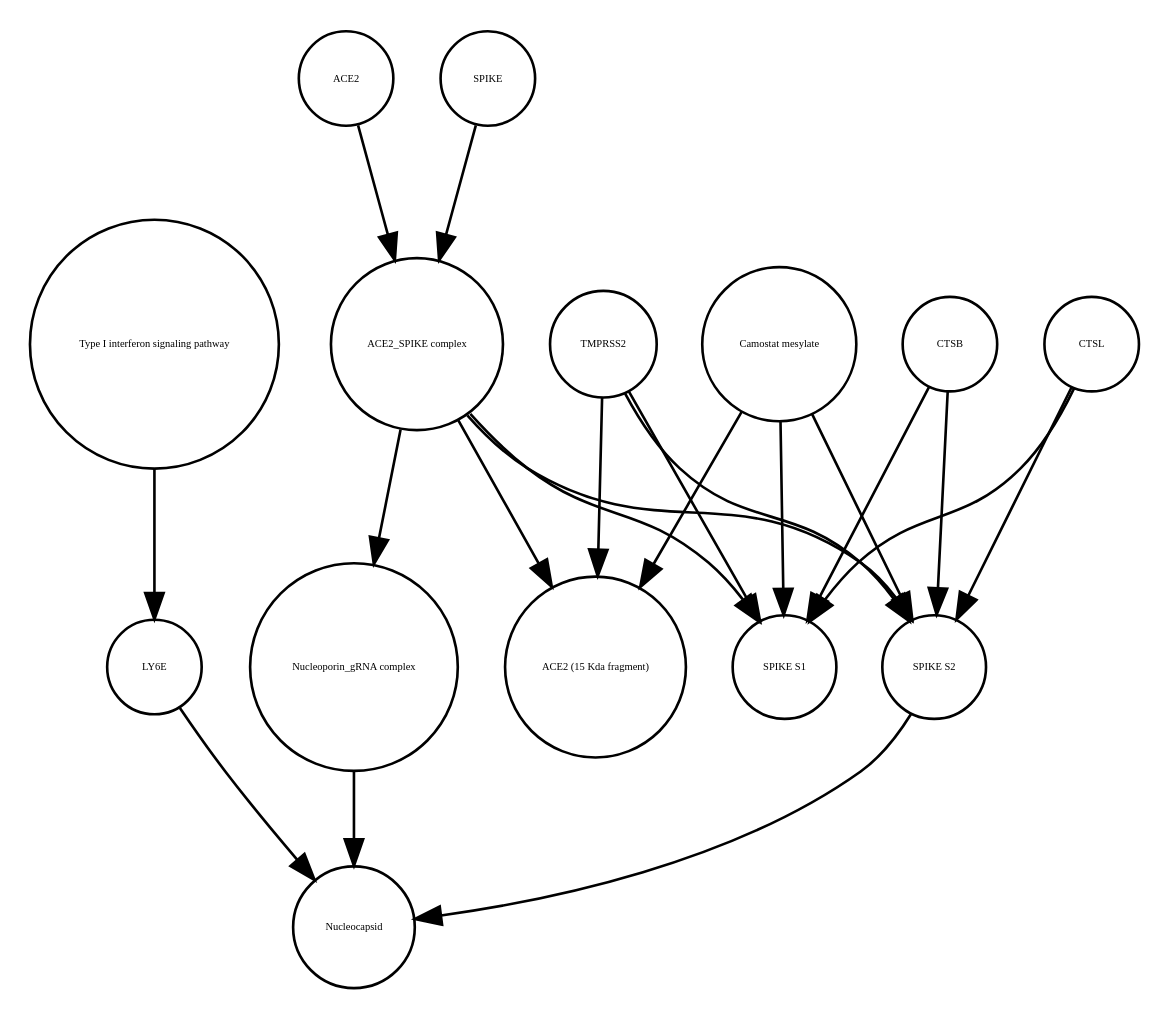
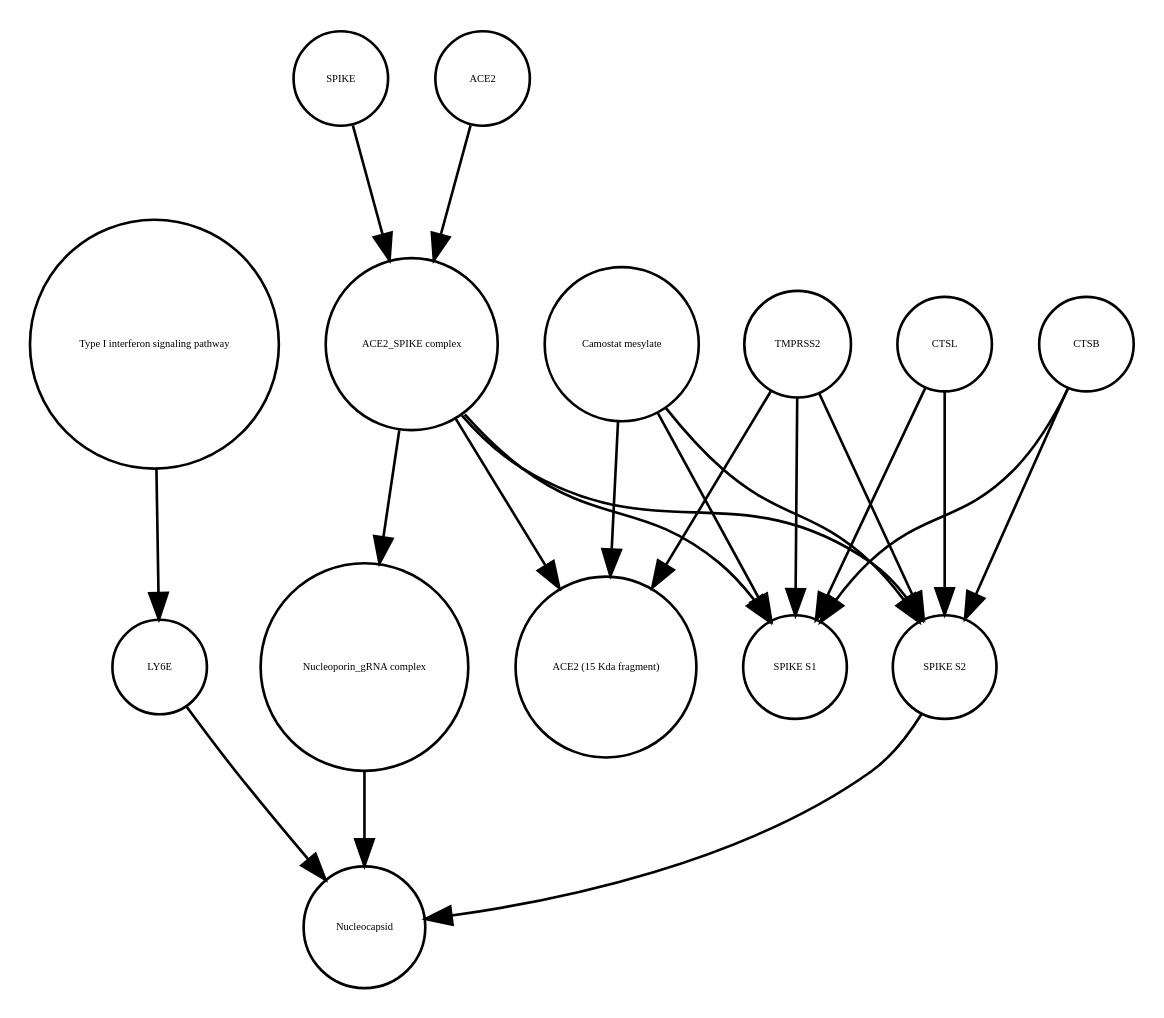
Before and after one commit to cannin/covid19-sbgn: the diagram in Virus_replication_cycle_V01.xml_projected.dot, drawn with Graphviz. The commit also changed other lines of this file and 637 other files, not shown here.

```diff
--- a/Virus_replication_cycle_V01.xml_projected.dot
+++ b/Virus_replication_cycle_V01.xml_projected.dot
@@ -1,36 +1,36 @@
 strict digraph  {
 "Type I interferon signaling pathway" [annotation="", bipartite=0, cls=phenotype, fontsize=4, label="Type I interferon signaling pathway", shape=circle];
 LY6E [annotation="", bipartite=0, cls=macromolecule, fontsize=4, label=LY6E, shape=circle];
-TMPRSS2 [annotation="", bipartite=0, cls=macromolecule, fontsize=4, label=TMPRSS2, shape=circle];
+Nucleocapsid [annotation="", bipartite=0, cls=complex, fontsize=4, label=Nucleocapsid, shape=circle];
+"SPIKE S1" [annotation="", bipartite=0, cls=macromolecule, fontsize=4, label="SPIKE S1", shape=circle];
+"ACE2_SPIKE complex" [annotation="", bipartite=0, cls=complex, fontsize=4, label="ACE2_SPIKE complex", shape=circle];
 "Nucleoporin_gRNA complex " [annotation="", bipartite=0, cls=complex, fontsize=4, label="Nucleoporin_gRNA complex ", shape=circle];
 "Camostat mesylate" [annotation="urn_miriam_pubchem.compound_2536", bipartite=0, cls="simple chemical", fontsize=4, label="Camostat mesylate", shape=circle];
+SPIKE [annotation="", bipartite=0, cls="macromolecule multimer", fontsize=4, label=SPIKE, shape=circle];
 ACE2 [annotation="", bipartite=0, cls=macromolecule, fontsize=4, label=ACE2, shape=circle];
-Nucleocapsid [annotation="", bipartite=0, cls=complex, fontsize=4, label=Nucleocapsid, shape=circle];
-"ACE2_SPIKE complex" [annotation="", bipartite=0, cls=complex, fontsize=4, label="ACE2_SPIKE complex", shape=circle];
-CTSL [annotation="", bipartite=0, cls=macromolecule, fontsize=4, label=CTSL, shape=circle];
+TMPRSS2 [annotation="", bipartite=0, cls=macromolecule, fontsize=4, label=TMPRSS2, shape=circle];
 CTSB [annotation="", bipartite=0, cls=macromolecule, fontsize=4, label=CTSB, shape=circle];
 "ACE2 (15 Kda fragment)" [annotation="", bipartite=0, cls=macromolecule, fontsize=4, label="ACE2 (15 Kda fragment)", shape=circle];
-"SPIKE S1" [annotation="", bipartite=0, cls=macromolecule, fontsize=4, label="SPIKE S1", shape=circle];
+CTSL [annotation="", bipartite=0, cls=macromolecule, fontsize=4, label=CTSL, shape=circle];
 "SPIKE S2" [annotation="", bipartite=0, cls=macromolecule, fontsize=4, label="SPIKE S2", shape=circle];
-SPIKE [annotation="", bipartite=0, cls="macromolecule multimer", fontsize=4, label=SPIKE, shape=circle];
 "Type I interferon signaling pathway" -> LY6E  [annotation="", interaction_type=stimulation];
 LY6E -> Nucleocapsid  [annotation="urn_miriam_doi_10.1101%2F2020.03.05.979260|urn_miriam_pubmed_32142651|urn_miriam_pubmed_32094589", interaction_type=inhibition];
-TMPRSS2 -> "ACE2 (15 Kda fragment)"  [annotation="urn_miriam_pubmed_32142651|urn_miriam_pubmed_32094589|urn_miriam_pubmed_24227843", interaction_type=catalysis];
-TMPRSS2 -> "SPIKE S1"  [annotation="urn_miriam_pubmed_32142651|urn_miriam_pubmed_32094589|urn_miriam_pubmed_24227843", interaction_type=catalysis];
-TMPRSS2 -> "SPIKE S2"  [annotation="urn_miriam_pubmed_32142651|urn_miriam_pubmed_32094589|urn_miriam_pubmed_24227843", interaction_type=catalysis];
+"ACE2_SPIKE complex" -> "SPIKE S1"  [annotation="", interaction_type=production];
+"ACE2_SPIKE complex" -> "SPIKE S2"  [annotation="", interaction_type=production];
+"ACE2_SPIKE complex" -> "ACE2 (15 Kda fragment)"  [annotation="", interaction_type=production];
+"ACE2_SPIKE complex" -> "Nucleoporin_gRNA complex "  [annotation="urn_miriam_pubmed_32142651|urn_miriam_pubmed_32094589", interaction_type=stimulation];
 "Nucleoporin_gRNA complex " -> Nucleocapsid  [annotation="", interaction_type=production];
 "Camostat mesylate" -> "ACE2 (15 Kda fragment)"  [annotation="urn_miriam_pubmed_32142651|urn_miriam_pubmed_32094589|urn_miriam_pubmed_24227843", interaction_type=inhibition];
 "Camostat mesylate" -> "SPIKE S1"  [annotation="urn_miriam_pubmed_32142651|urn_miriam_pubmed_32094589|urn_miriam_pubmed_24227843", interaction_type=inhibition];
 "Camostat mesylate" -> "SPIKE S2"  [annotation="urn_miriam_pubmed_32142651|urn_miriam_pubmed_32094589|urn_miriam_pubmed_24227843", interaction_type=inhibition];
+SPIKE -> "ACE2_SPIKE complex"  [annotation="", interaction_type=production];
 ACE2 -> "ACE2_SPIKE complex"  [annotation="", interaction_type=production];
-"ACE2_SPIKE complex" -> "Nucleoporin_gRNA complex "  [annotation="urn_miriam_pubmed_32142651|urn_miriam_pubmed_32094589", interaction_type=stimulation];
-"ACE2_SPIKE complex" -> "ACE2 (15 Kda fragment)"  [annotation="", interaction_type=production];
-"ACE2_SPIKE complex" -> "SPIKE S2"  [annotation="", interaction_type=production];
-"ACE2_SPIKE complex" -> "SPIKE S1"  [annotation="", interaction_type=production];
+TMPRSS2 -> "ACE2 (15 Kda fragment)"  [annotation="urn_miriam_pubmed_32142651|urn_miriam_pubmed_32094589|urn_miriam_pubmed_24227843", interaction_type=catalysis];
+TMPRSS2 -> "SPIKE S1"  [annotation="urn_miriam_pubmed_32142651|urn_miriam_pubmed_32094589|urn_miriam_pubmed_24227843", interaction_type=catalysis];
+TMPRSS2 -> "SPIKE S2"  [annotation="urn_miriam_pubmed_32142651|urn_miriam_pubmed_32094589|urn_miriam_pubmed_24227843", interaction_type=catalysis];
+CTSB -> "SPIKE S1"  [annotation=urn_miriam_pubmed_32142651, interaction_type=catalysis];
+CTSB -> "SPIKE S2"  [annotation=urn_miriam_pubmed_32142651, interaction_type=catalysis];
 CTSL -> "SPIKE S1"  [annotation=urn_miriam_pubmed_32142651, interaction_type=catalysis];
 CTSL -> "SPIKE S2"  [annotation=urn_miriam_pubmed_32142651, interaction_type=catalysis];
-CTSB -> "SPIKE S1"  [annotation=urn_miriam_pubmed_32142651, interaction_type=catalysis];
-CTSB -> "SPIKE S2"  [annotation=urn_miriam_pubmed_32142651, interaction_type=catalysis];
 "SPIKE S2" -> Nucleocapsid  [annotation="urn_miriam_doi_10.1101%2F2020.03.05.979260|urn_miriam_pubmed_32142651|urn_miriam_pubmed_32094589", interaction_type=stimulation];
-SPIKE -> "ACE2_SPIKE complex"  [annotation="", interaction_type=production];
 }
```
